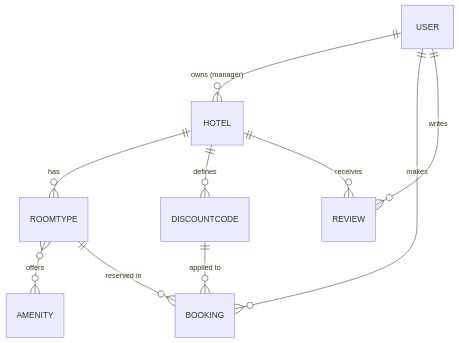
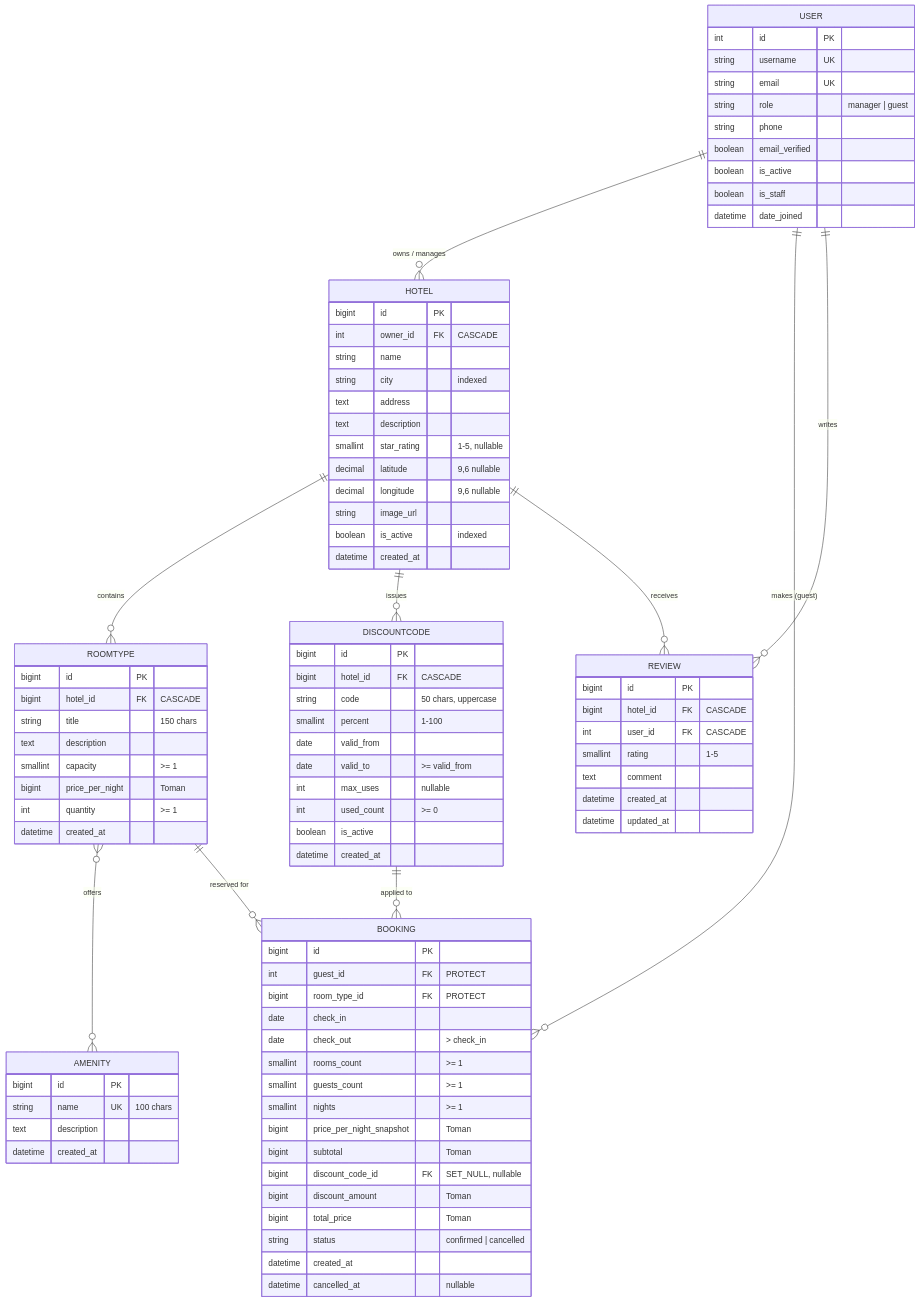
The diagram in docs/DATA_MODEL.md (Amirmohammad-sl/hotel-reserve), drawn with Mermaid before and after one commit. The commit also changed other lines of this file and 2 other files, not shown here.

First line of the commit message:
[P1-08] Finalise DATA_MODEL.md and ER diagram (#14)

````diff
--- a/docs/DATA_MODEL.md
+++ b/docs/DATA_MODEL.md
@@ -3,12 +10,99 @@
 ```mermaid
 erDiagram
-  USER ||--o{ HOTEL : "owns (manager)"
-  HOTEL ||--o{ ROOMTYPE : has
-  ROOMTYPE }o--o{ AMENITY : offers
-  HOTEL ||--o{ DISCOUNTCODE : defines
-  USER ||--o{ BOOKING : makes
-  ROOMTYPE ||--o{ BOOKING : "reserved in"
-  DISCOUNTCODE ||--o{ BOOKING : "applied to"
-  USER ||--o{ REVIEW : writes
-  HOTEL ||--o{ REVIEW : receives
+    USER ||--o{ HOTEL : "owns / manages"
+    HOTEL ||--o{ ROOMTYPE : "contains"
+    ROOMTYPE }o--o{ AMENITY : "offers"
+    HOTEL ||--o{ DISCOUNTCODE : "issues"
+    USER ||--o{ BOOKING : "makes (guest)"
+    ROOMTYPE ||--o{ BOOKING : "reserved for"
+    DISCOUNTCODE ||--o{ BOOKING : "applied to"
+    USER ||--o{ REVIEW : "writes"
+    HOTEL ||--o{ REVIEW : "receives"
+
+    USER {
+        int id PK
+        string username UK
+        string email UK
+        string role "manager | guest"
+        string phone
+        boolean email_verified
+        boolean is_active
+        boolean is_staff
+        datetime date_joined
+    }
+
+    HOTEL {
+        bigint id PK
+        int owner_id FK "CASCADE"
+        string name
+        string city "indexed"
+        text address
+        text description
+        smallint star_rating "1-5, nullable"
+        decimal latitude "9,6 nullable"
+        decimal longitude "9,6 nullable"
+        string image_url
+        boolean is_active "indexed"
+        datetime created_at
+    }
+
+    AMENITY {
+        bigint id PK
+        string name UK "100 chars"
+        text description
+        datetime created_at
+    }
+
+    ROOMTYPE {
+        bigint id PK
+        bigint hotel_id FK "CASCADE"
+        string title "150 chars"
+        text description
+        smallint capacity ">= 1"
+        bigint price_per_night "Toman"
+        int quantity ">= 1"
+        datetime created_at
+    }
+
+    DISCOUNTCODE {
+        bigint id PK
+        bigint hotel_id FK "CASCADE"
+        string code "50 chars, uppercase"
+        smallint percent "1-100"
+        date valid_from
+        date valid_to ">= valid_from"
+        int max_uses "nullable"
+        int used_count ">= 0"
+        boolean is_active
+        datetime created_at
+    }
+
+    BOOKING {
+        bigint id PK
+        int guest_id FK "PROTECT"
+        bigint room_type_id FK "PROTECT"
+        date check_in
+        date check_out "> check_in"
+        smallint rooms_count ">= 1"
+        smallint guests_count ">= 1"
+        smallint nights ">= 1"
+        bigint price_per_night_snapshot "Toman"
+        bigint subtotal "Toman"
+        bigint discount_code_id FK "SET_NULL, nullable"
+        bigint discount_amount "Toman"
+        bigint total_price "Toman"
+        string status "confirmed | cancelled"
+        datetime created_at
+        datetime cancelled_at "nullable"
+    }
+
+    REVIEW {
+        bigint id PK
+        bigint hotel_id FK "CASCADE"
+        int user_id FK "CASCADE"
+        smallint rating "1-5"
+        text comment
+        datetime created_at
+        datetime updated_at
+    }
 ```
````
